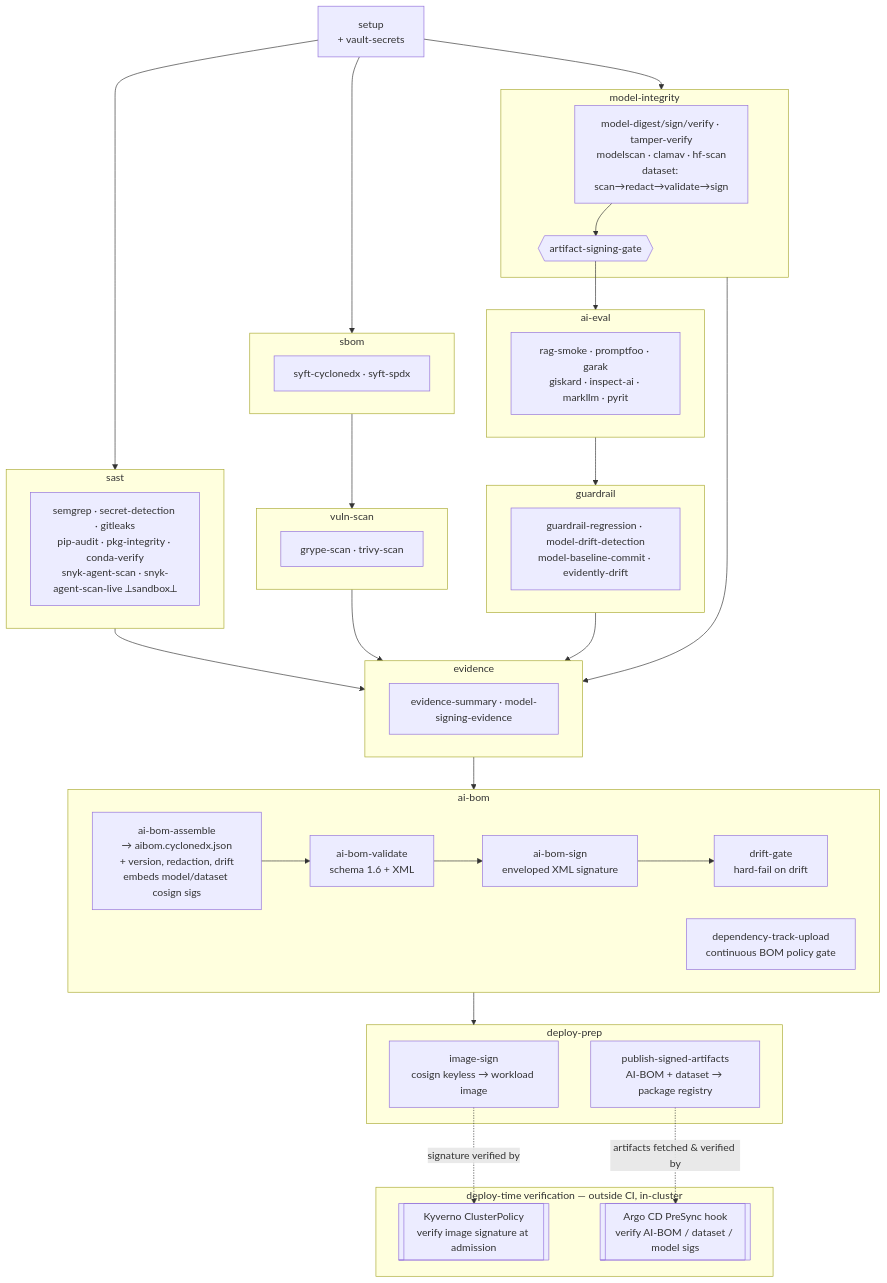
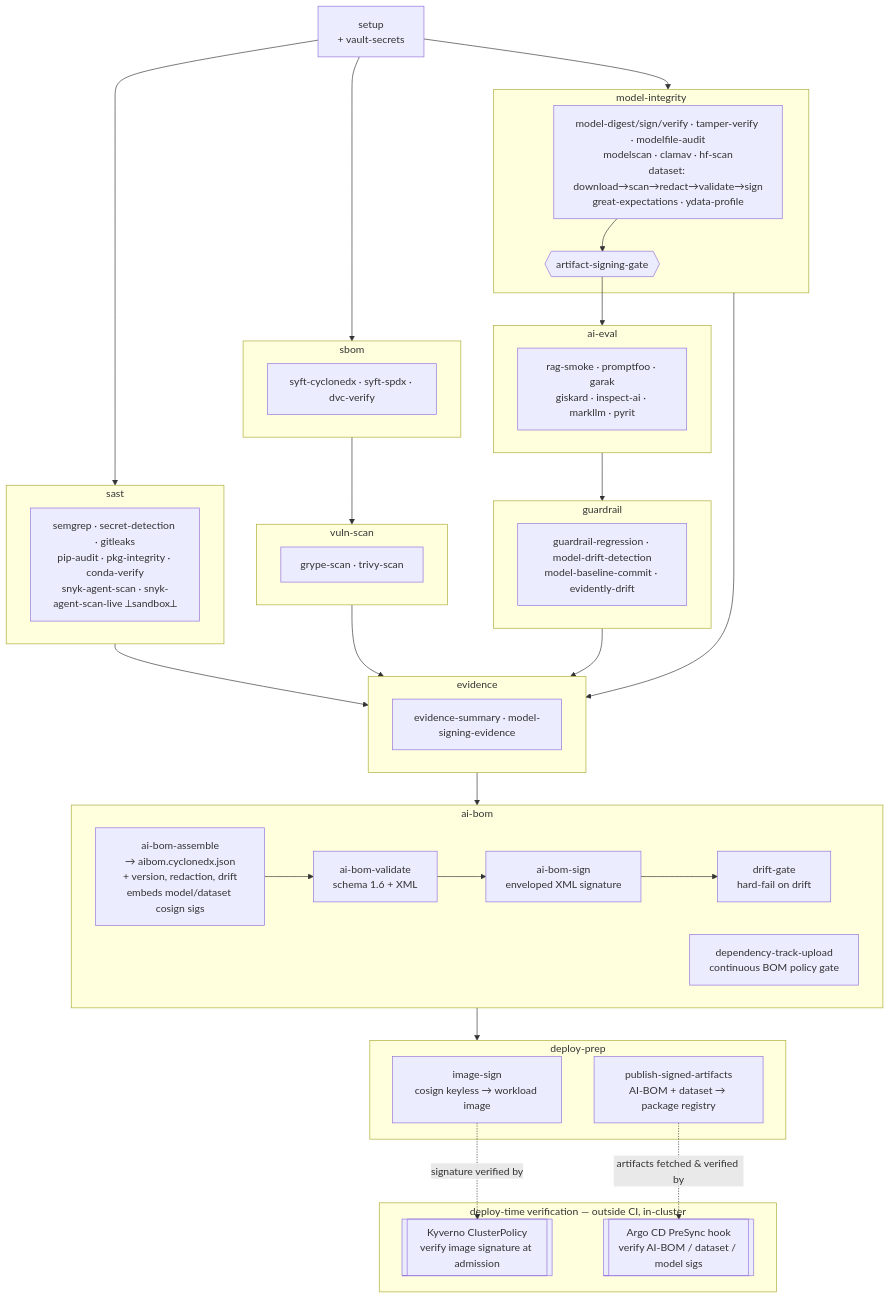
One commit to Nate-Carroll-Cyber/mlsecdevops-pipeline-example changed the diagram in docs/gaips-materials/README.md. Above: the diagram before and after it, drawn with Mermaid. The commit also changed other lines of this file and 26 other files, not shown here.

````diff
--- a/docs/gaips-materials/README.md
+++ b/docs/gaips-materials/README.md
@@ -78,49 +81,49 @@
 ```mermaid
 flowchart TD
     setup[setup<br/>+ vault-secrets]
 
     subgraph SAST [sast]
       sast_jobs[semgrep · secret-detection · gitleaks<br/>pip-audit · pkg-integrity · conda-verify<br/>snyk-agent-scan · snyk-agent-scan-live ⟂sandbox⟂]
     end
     subgraph SBOM [sbom]
-      sbom_jobs[syft-cyclonedx · syft-spdx]
+      sbom_jobs[syft-cyclonedx · syft-spdx · dvc-verify]
     end
     subgraph VULN [vuln-scan]
       vuln_jobs[grype-scan · trivy-scan]
     end
     subgraph MI [model-integrity]
-      mi_jobs[model-digest/sign/verify · tamper-verify<br/>modelscan · clamav · hf-scan<br/>dataset: scan→redact→validate→sign]
+      mi_jobs[model-digest/sign/verify · tamper-verify · modelfile-audit<br/>modelscan · clamav · hf-scan<br/>dataset: download→scan→redact→validate→sign<br/>great-expectations · ydata-profile]
       gate{{artifact-signing-gate}}
       mi_jobs --> gate
     end
     subgraph EVAL [ai-eval]
       eval_jobs[rag-smoke · promptfoo · garak<br/>giskard · inspect-ai · markllm · pyrit]
     end
     subgraph GUARD [guardrail]
       guard_jobs[guardrail-regression · model-drift-detection<br/>model-baseline-commit · evidently-drift]
     end
     subgraph EVID [evidence]
       evid_jobs[evidence-summary · model-signing-evidence]
     end
     subgraph AIBOM [ai-bom]
       assemble[ai-bom-assemble<br/>→ aibom.cyclonedx.json<br/>+ version, redaction, drift<br/>embeds model/dataset cosign sigs] --> validate[ai-bom-validate<br/>schema 1.6 + XML] --> aibom_sign[ai-bom-sign<br/>enveloped XML signature] --> drift_gate[drift-gate<br/>hard-fail on drift]
       dtrack[dependency-track-upload<br/>continuous BOM policy gate]
     end
     subgraph DEPLOY [deploy-prep]
       imgsign[image-sign<br/>cosign keyless → workload image]
       publish[publish-signed-artifacts<br/>AI-BOM + dataset → package registry]
     end
     subgraph VERIFY [deploy-time verification — outside CI, in-cluster]
       kyverno[[Kyverno ClusterPolicy<br/>verify image signature at admission]]
       presync[[Argo CD PreSync hook<br/>verify AI-BOM / dataset / model sigs]]
     end
 
     setup --> SAST & SBOM & MI
     SBOM --> VULN
     gate --> EVAL --> GUARD
     SAST & VULN & GUARD & MI --> EVID
     EVID --> AIBOM
     AIBOM --> DEPLOY
     imgsign -. "signature verified by" .-> kyverno
     publish -. "artifacts fetched & verified by" .-> presync
 ```
````
